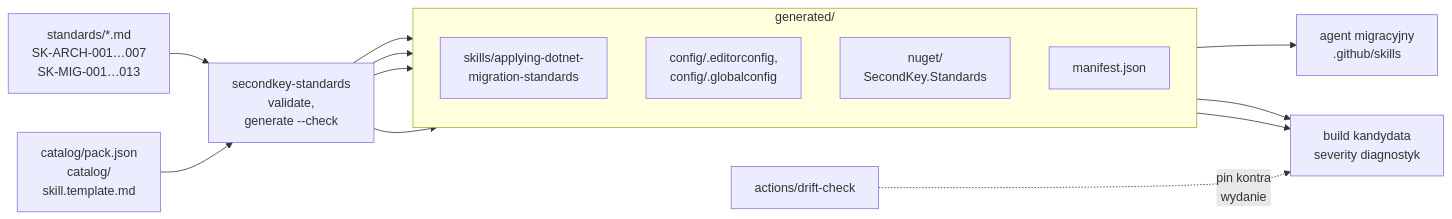
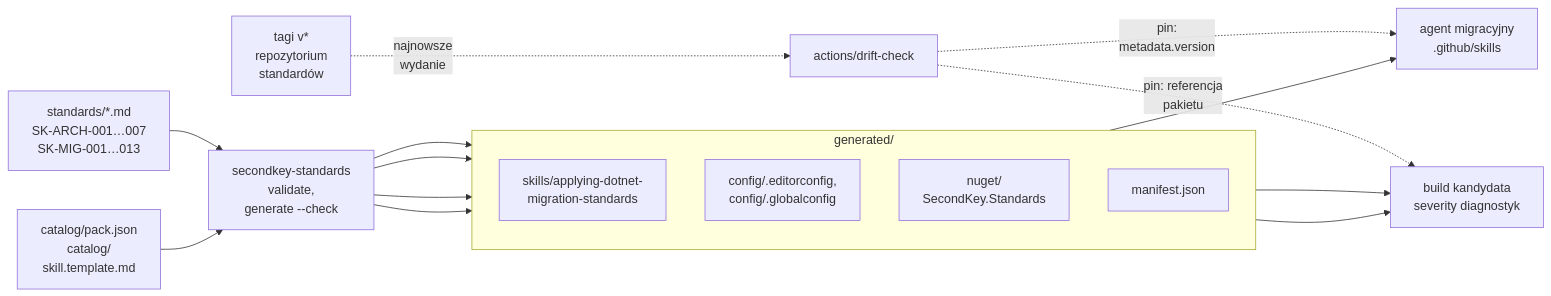
The diagram in docs/diagrams/a9-standardy.mmd (konradcinkusz/letsgolegacy.secondkey), drawn with Mermaid before and after one commit. The commit also changed 26 other files, not shown here.

```diff
--- a/docs/diagrams/a9-standardy.mmd
+++ b/docs/diagrams/a9-standardy.mmd
@@ -1,18 +1,20 @@
 flowchart LR
   SRC["standards/*.md<br/>SK-ARCH-001…007<br/>SK-MIG-001…013"] --> GEN["secondkey-standards<br/>validate,<br/>generate --check"]
   CAT["catalog/pack.json<br/>catalog/<br/>skill.template.md"] --> GEN
   subgraph OUT["generated/"]
     direction TB
     SKILL["skills/applying-dotnet-<br/>migration-standards"]
     CFG["config/.editorconfig,<br/>config/.globalconfig"]
     NUP["nuget/<br/>SecondKey.Standards"]
     MAN["manifest.json"]
   end
   GEN --> SKILL
   GEN --> CFG
   GEN --> NUP
   GEN --> MAN
   SKILL --> AG["agent migracyjny<br/>.github/skills"]
   NUP --> BUILD["build kandydata<br/>severity diagnostyk"]
   CFG --> BUILD
-  DRIFT["actions/drift-check"] -. "pin kontra<br/>wydanie" .-> BUILD
+  REL["tagi v*<br/>repozytorium<br/>standardów"] -. "najnowsze<br/>wydanie" .-> DRIFT["actions/drift-check"]
+  DRIFT -. "pin:<br/>metadata.version" .-> AG
+  DRIFT -. "pin: referencja<br/>pakietu" .-> BUILD
```
